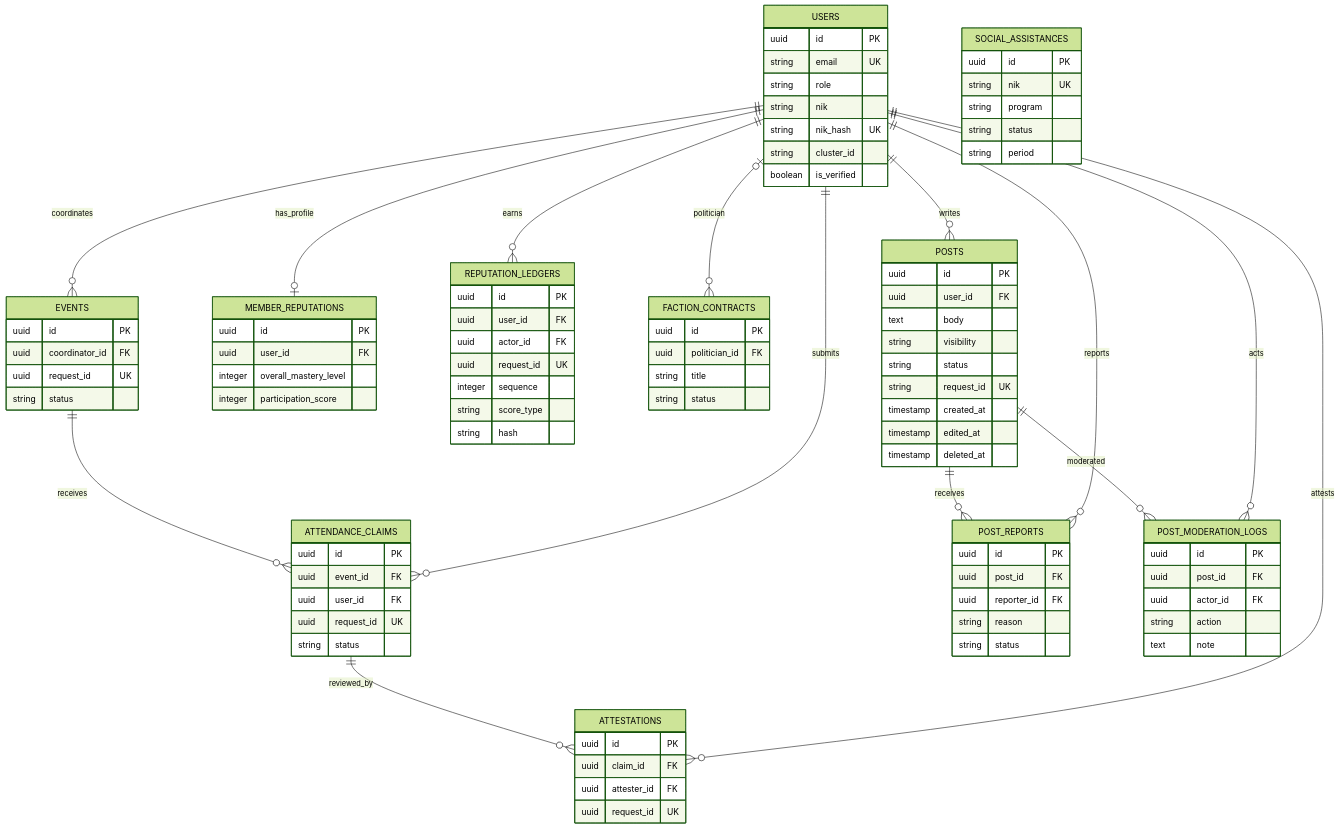
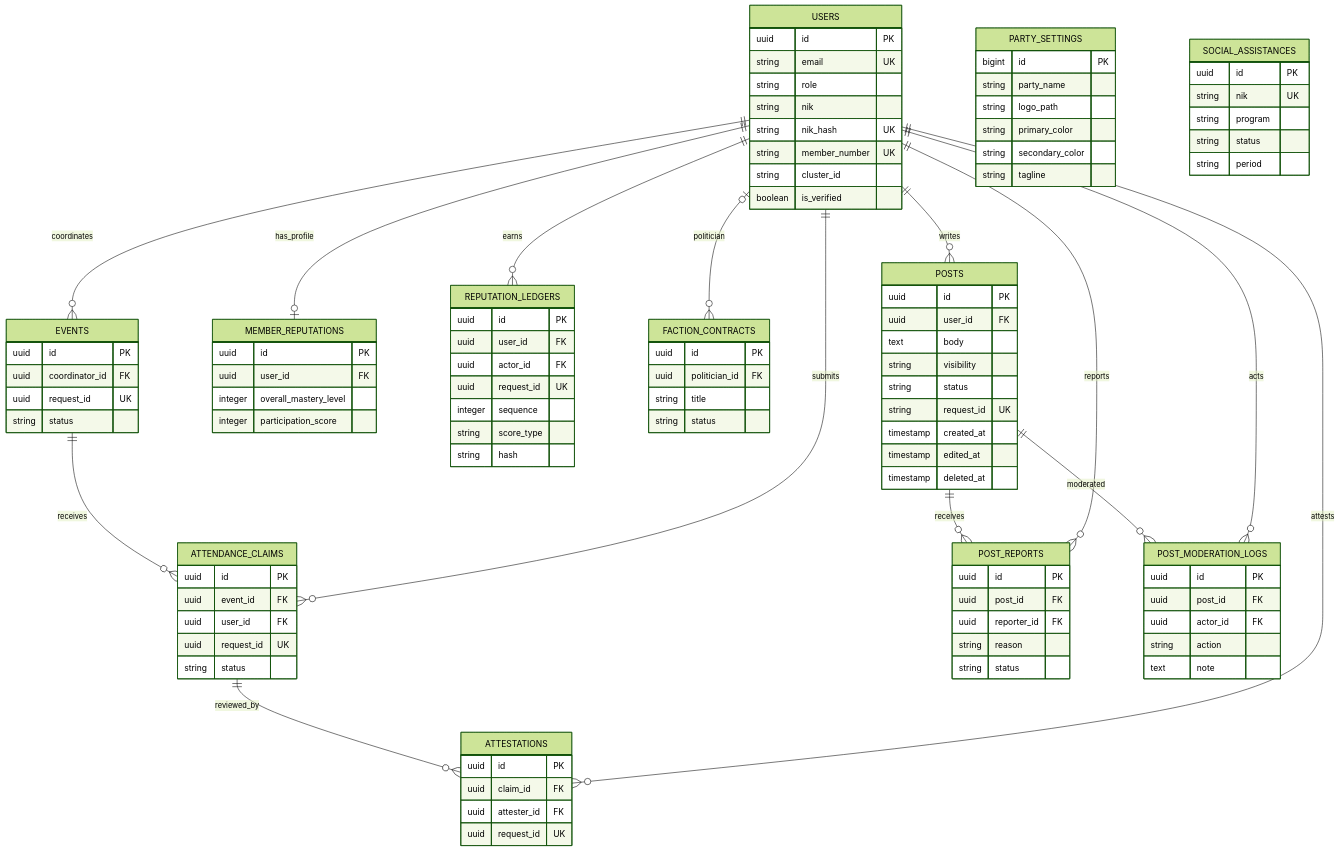
One commit to bagusgrav/partai changed the fourth of 4 diagrams in docs/architecture.md. Above: the diagram before and after it, drawn with Mermaid (forest theme). The commit also changed other lines of this file and 32 other files, not shown here.

First line of the commit message:
feat(kta): implement dynamic member card, QR verification, and branding settings

```diff
--- a/docs/architecture.md
+++ b/docs/architecture.md
@@ -170,8 +171,17 @@
         string role
         string nik
         string nik_hash UK
+        string member_number UK
         string cluster_id
         boolean is_verified
+    }
+    PARTY_SETTINGS {
+        bigint id PK
+        string party_name
+        string logo_path
+        string primary_color
+        string secondary_color
+        string tagline
     }
     EVENTS {
         uuid id PK
```
